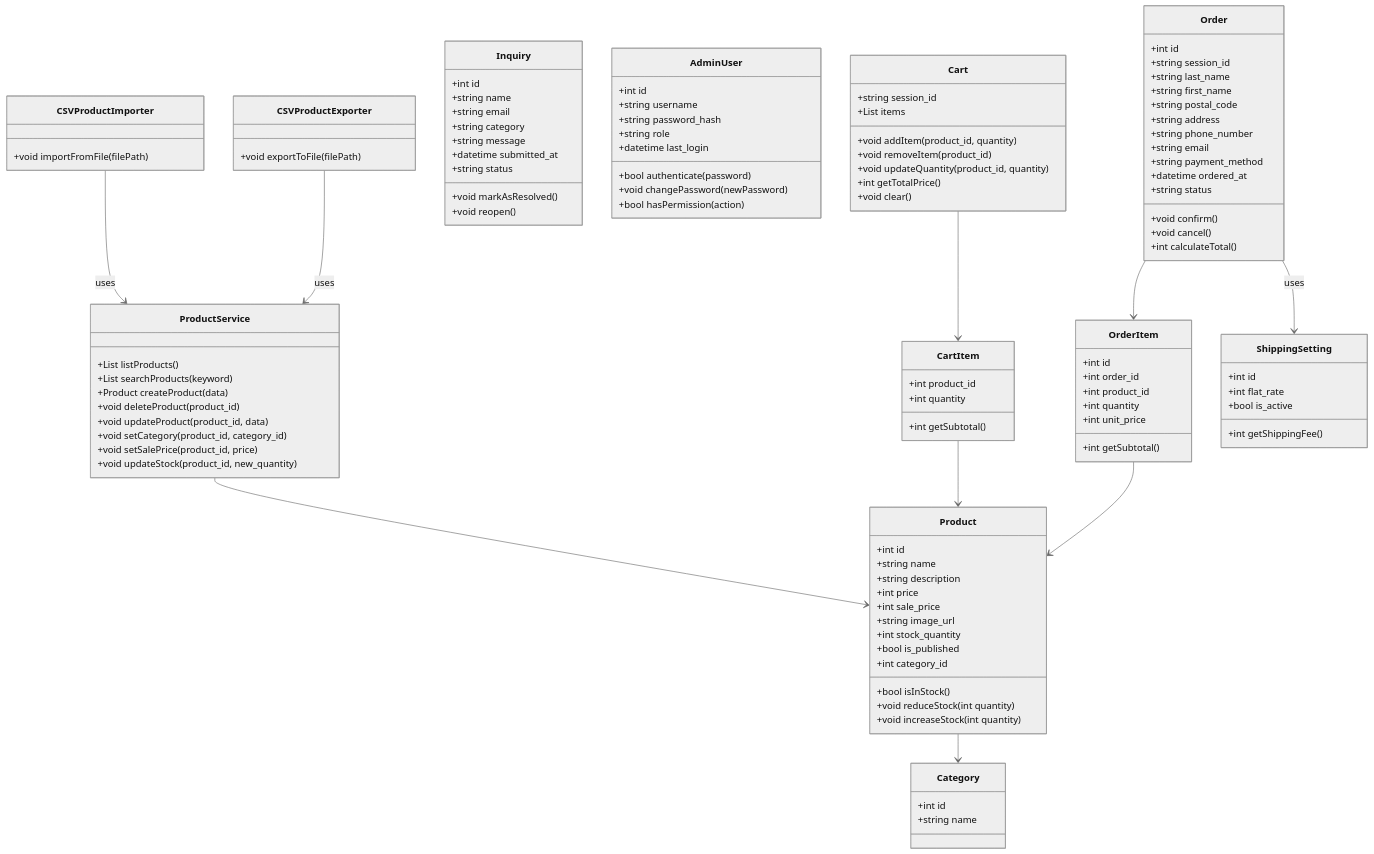
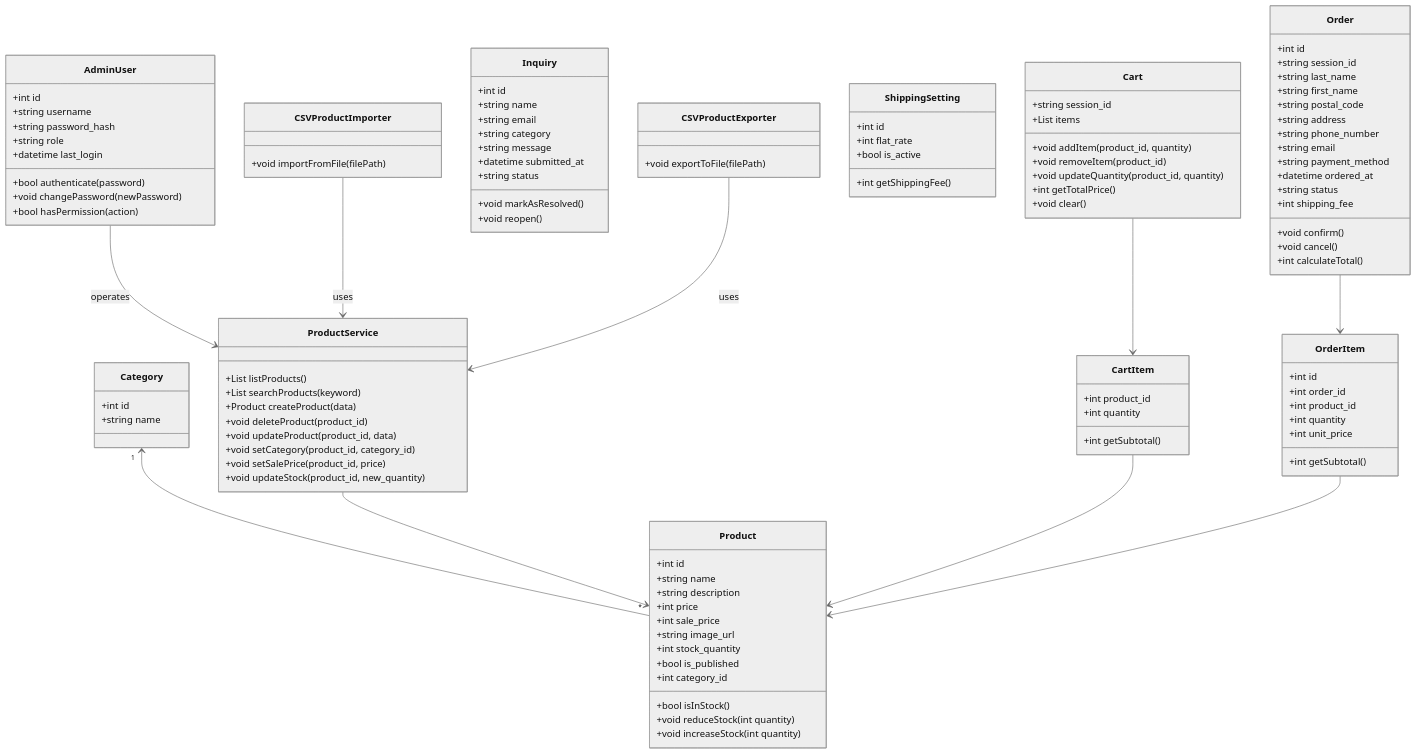
Before and after one commit to Aoi-Yaegashi/teamF: the diagram in 詳細設計/クラス設計/クラス図.md, drawn with Mermaid (neutral theme). The commit also changed 1 other file, not shown here.

Commit message:
パッケージ構成図追加

```diff
--- a/詳細設計/クラス設計/クラス図.md
+++ b/詳細設計/クラス設計/クラス図.md
@@ -24,7 +24,7 @@
   +string name
 }
 
-Product --> Category
+Category "1" <-- "*" Product
 
 %% 商品管理サービス
 class ProductService {
@@ -75,6 +75,7 @@
   +string payment_method
   +datetime ordered_at
   +string status
+  +int shipping_fee
 
   +void confirm()
   +void cancel()
@@ -121,6 +122,8 @@
   +bool hasPermission(action)
 }
 
+AdminUser --> ProductService : operates
+
 %% 配送料設定
 class ShippingSetting {
   +int id
@@ -129,8 +132,6 @@
 
   +int getShippingFee()
 }
-
-Order --> ShippingSetting : uses
 
 %% CSV関連
 class CSVProductImporter {
```
